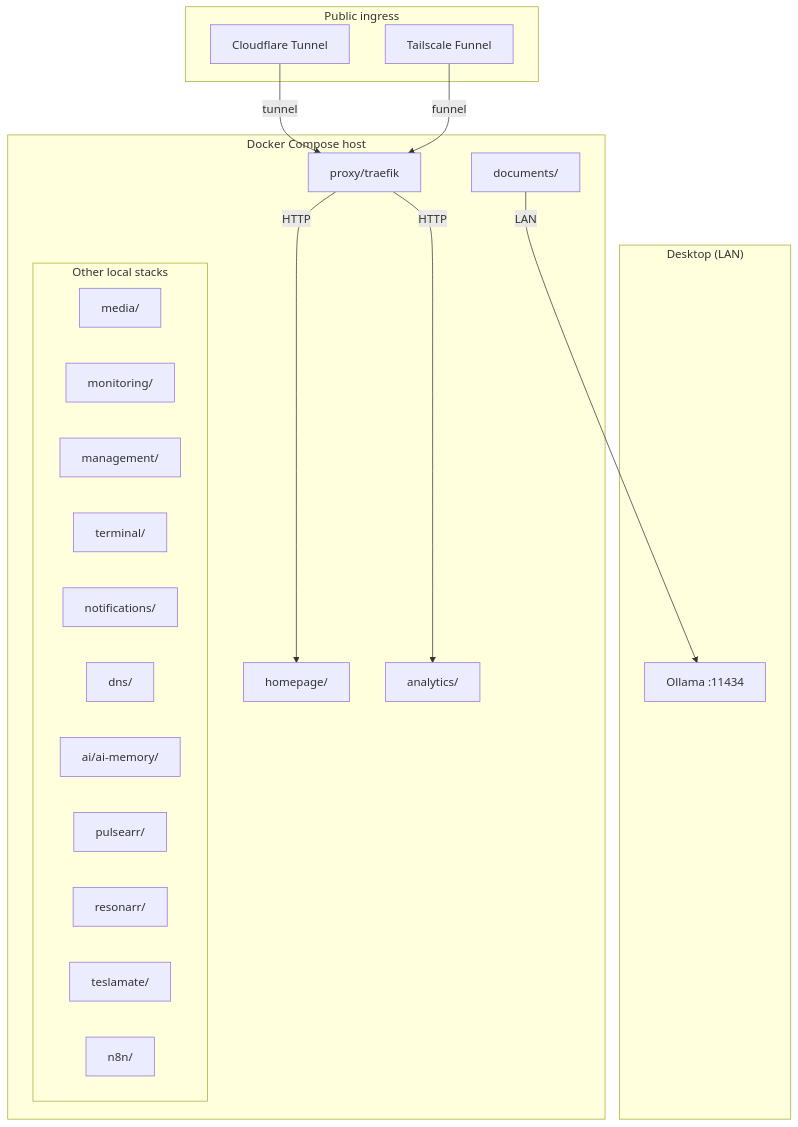
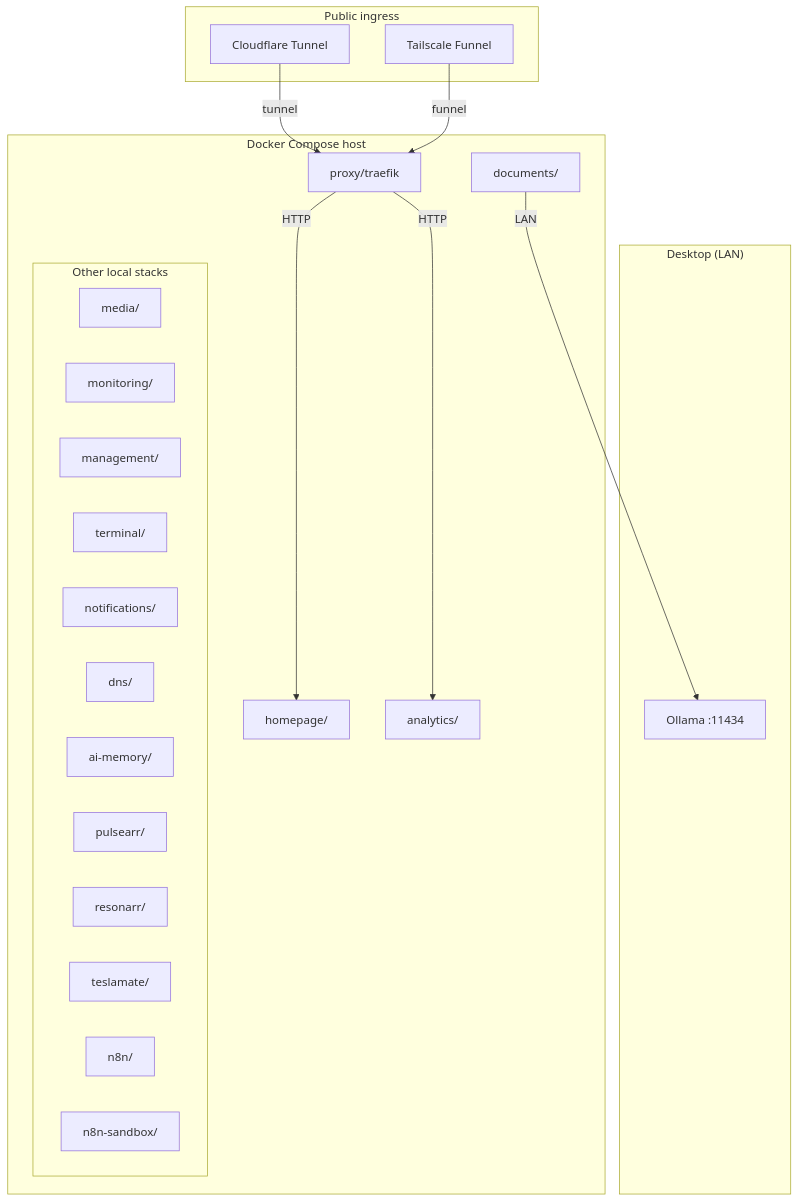
Before and after one commit to lexcode/homelab: the diagram in README.md, drawn with Mermaid. The commit also changed other lines of this file and 19 other files, not shown here.

First line of the commit message:
feat: add n8n Assistant sandbox and move ai-memory to repo root

````diff
--- a/README.md
+++ b/README.md
@@ -5,39 +5,40 @@
 ```mermaid
 flowchart TB
     subgraph ingress["Public ingress"]
         cf["Cloudflare Tunnel"]
         ts["Tailscale Funnel"]
     end
 
     subgraph docker["Docker Compose host"]
         traefik["proxy/traefik"]
         homepage["homepage/"]
         analytics["analytics/"]
         documents["documents/"]
 
         subgraph local["Other local stacks"]
             direction LR
             media["media/"]
             monitoring["monitoring/"]
             management["management/"]
             terminal["terminal/"]
             notifications["notifications/"]
             dns["dns/"]
-            aimemory["ai/ai-memory/"]
+            aimemory["ai-memory/"]
             pulsearr["pulsearr/"]
             resonarr["resonarr/"]
             teslamate["teslamate/"]
             n8n["n8n/"]
+            n8nsandbox["n8n-sandbox/"]
         end
     end
 
     subgraph desktop["Desktop (LAN)"]
         ollama["Ollama :11434"]
     end
 
     cf -- tunnel --> traefik
     ts -- funnel --> traefik
     traefik -- HTTP --> homepage
     traefik -- HTTP --> analytics
     documents -- LAN --> ollama
 ```
````
